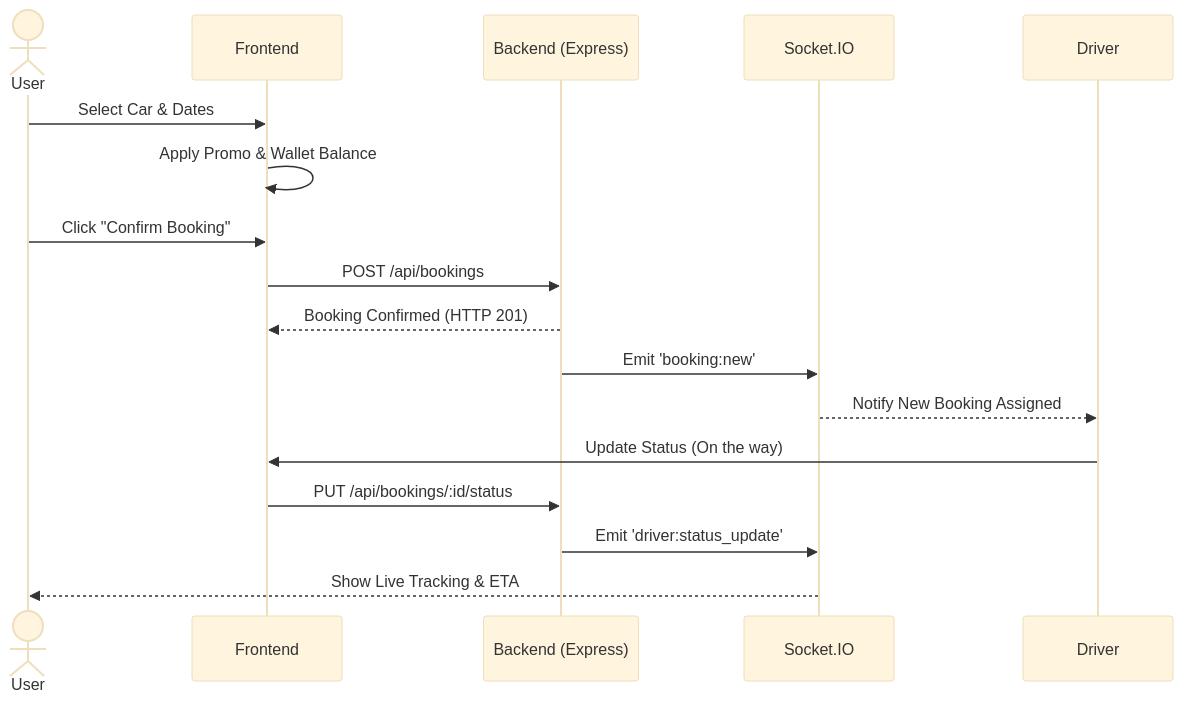
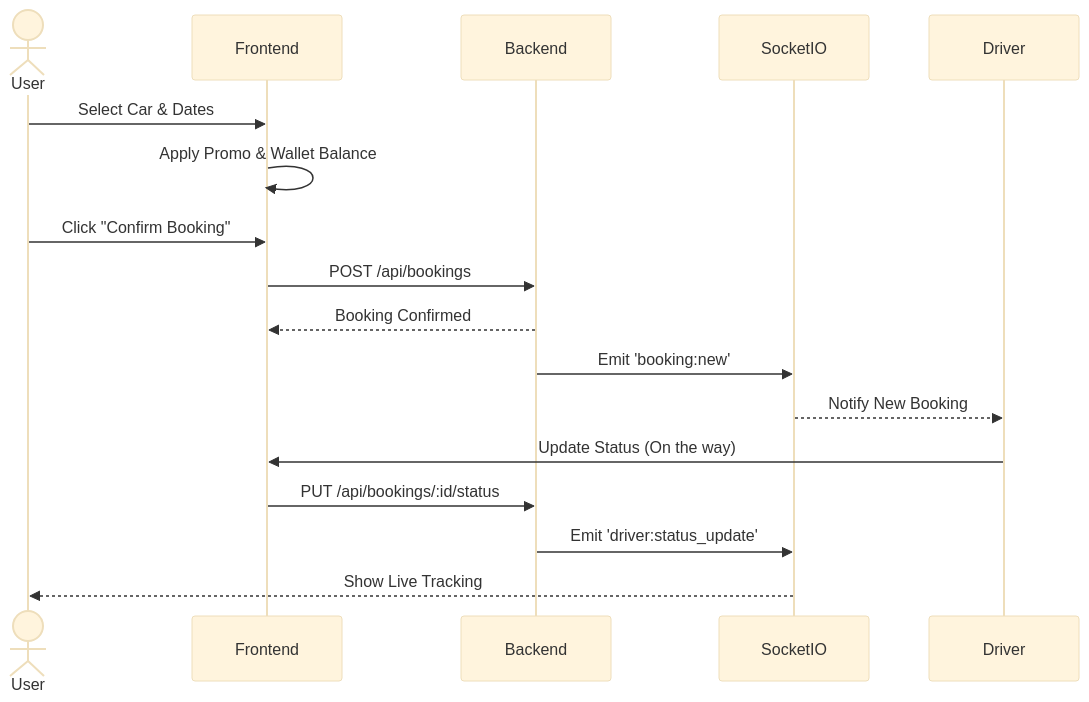
Before and after one commit to Rohitsingh910/Car-rental-website: the second of 3 diagrams in README.md, drawn with Mermaid (base theme). The commit also changed other lines of this file, not shown here.

Commit message:
docs: fix mermaid syntax and beautify readme

````diff
--- a/README.md
+++ b/README.md
@@ -91,22 +109,22 @@
 ```mermaid
 sequenceDiagram
     actor User
     participant Frontend
-    participant Backend (Express)
-    participant Socket.IO
+    participant Backend
+    participant SocketIO
     participant Driver
     
     User->>Frontend: Select Car & Dates
     Frontend->>Frontend: Apply Promo & Wallet Balance
     User->>Frontend: Click "Confirm Booking"
-    Frontend->>Backend (Express): POST /api/bookings
-    Backend (Express)-->>Frontend: Booking Confirmed (HTTP 201)
+    Frontend->>Backend: POST /api/bookings
+    Backend-->>Frontend: Booking Confirmed
     
-    Backend (Express)->>Socket.IO: Emit 'booking:new'
-    Socket.IO-->>Driver: Notify New Booking Assigned
+    Backend->>SocketIO: Emit 'booking:new'
+    SocketIO-->>Driver: Notify New Booking
     
     Driver->>Frontend: Update Status (On the way)
-    Frontend->>Backend (Express): PUT /api/bookings/:id/status
-    Backend (Express)->>Socket.IO: Emit 'driver:status_update'
-    Socket.IO-->>User: Show Live Tracking & ETA
+    Frontend->>Backend: PUT /api/bookings/:id/status
+    Backend->>SocketIO: Emit 'driver:status_update'
+    SocketIO-->>User: Show Live Tracking
 ```
````
